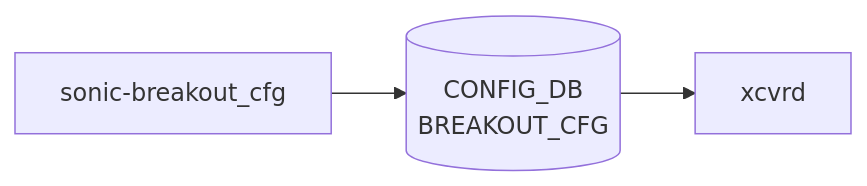
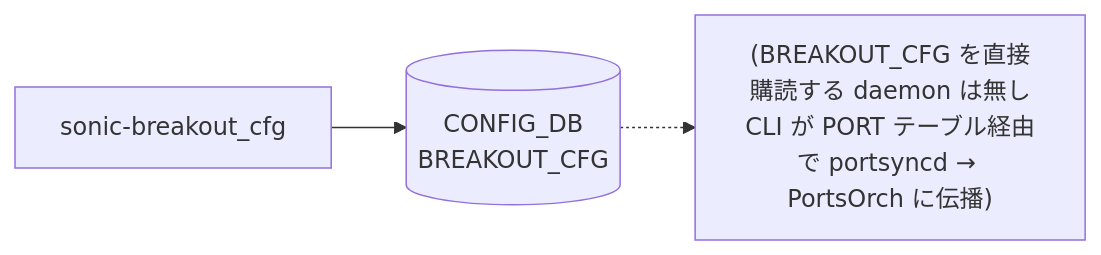
One commit to aoki-taquan/sonic-unofficial-docs changed the diagram in docs/reference/yang/sonic-breakout_cfg.md. Above: the diagram before and after it, drawn with Mermaid. The commit also changed other lines of this file and 19 other files, not shown here.

````diff
--- a/docs/reference/yang/sonic-breakout_cfg.md
+++ b/docs/reference/yang/sonic-breakout_cfg.md
@@ -33,8 +33,8 @@
 ```mermaid
 flowchart LR
   Y["sonic-breakout_cfg"]
   C1[("CONFIG_DB<br/>BREAKOUT_CFG")]
   Y --> C1
-  D1["xcvrd"]
-  C1 --> D1
+  D1["(BREAKOUT_CFG を直接購読する daemon は無し<br/>CLI が PORT テーブル経由で portsyncd → PortsOrch に伝播)"]
+  C1 -.-> D1
 ```
````
